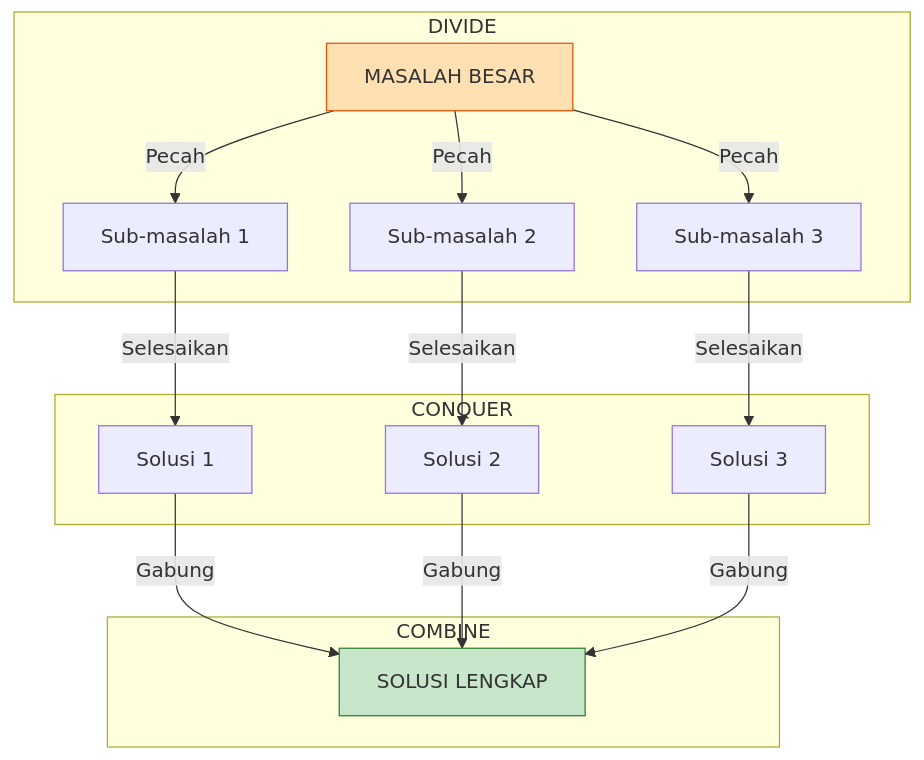
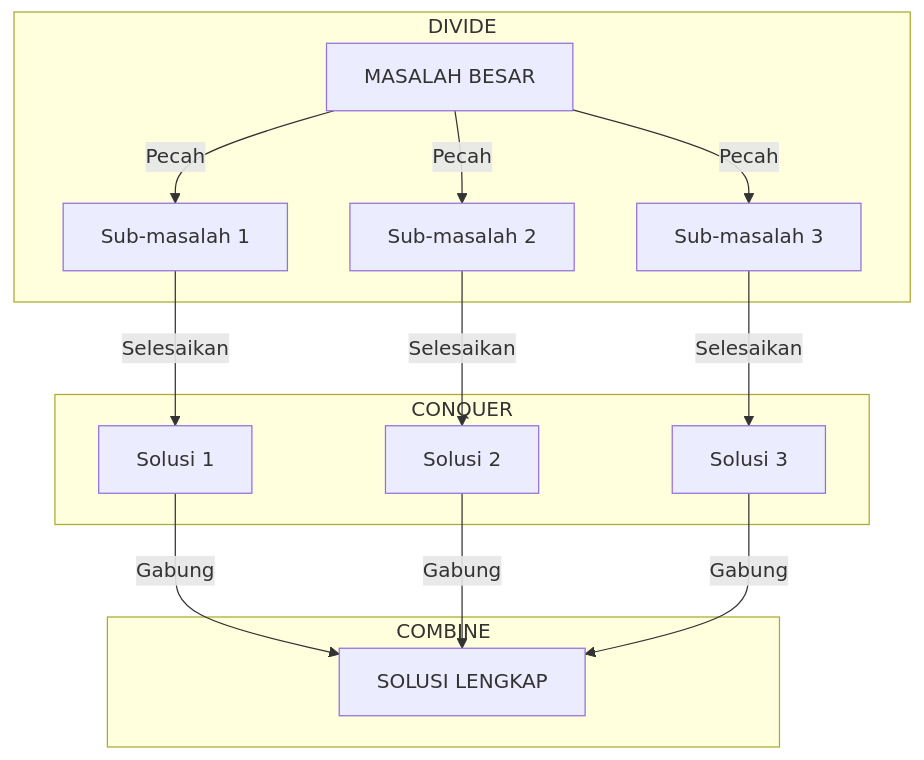
Before and after one commit to antonprafanto/dasarAI2026: the third of 5 diagrams in bab-02-algoritma.md, drawn with Mermaid. The commit also changed other lines of this file and 8 other files, not shown here.

Commit message:
Fix: Remove custom Mermaid styling for better dark mode visibility

````diff
--- a/bab-02-algoritma.md
+++ b/bab-02-algoritma.md
@@ -399,25 +392,22 @@
 ```mermaid
 graph TD
     Problem[MASALAH BESAR]
 
     subgraph DIVIDE
     Problem -->|Pecah| SP1[Sub-masalah 1]
     Problem -->|Pecah| SP2[Sub-masalah 2]
     Problem -->|Pecah| SP3[Sub-masalah 3]
     end
 
     subgraph CONQUER
     SP1 -->|Selesaikan| Sol1[Solusi 1]
     SP2 -->|Selesaikan| Sol2[Solusi 2]
     SP3 -->|Selesaikan| Sol3[Solusi 3]
     end
 
     subgraph COMBINE
     Sol1 -->|Gabung| Final[SOLUSI LENGKAP]
     Sol2 -->|Gabung| Final
     Sol3 -->|Gabung| Final
     end
-
-    style Problem fill:#FFE0B2,stroke:#E65100
-    style Final fill:#C8E6C9,stroke:#2E7D32
 ```
````
